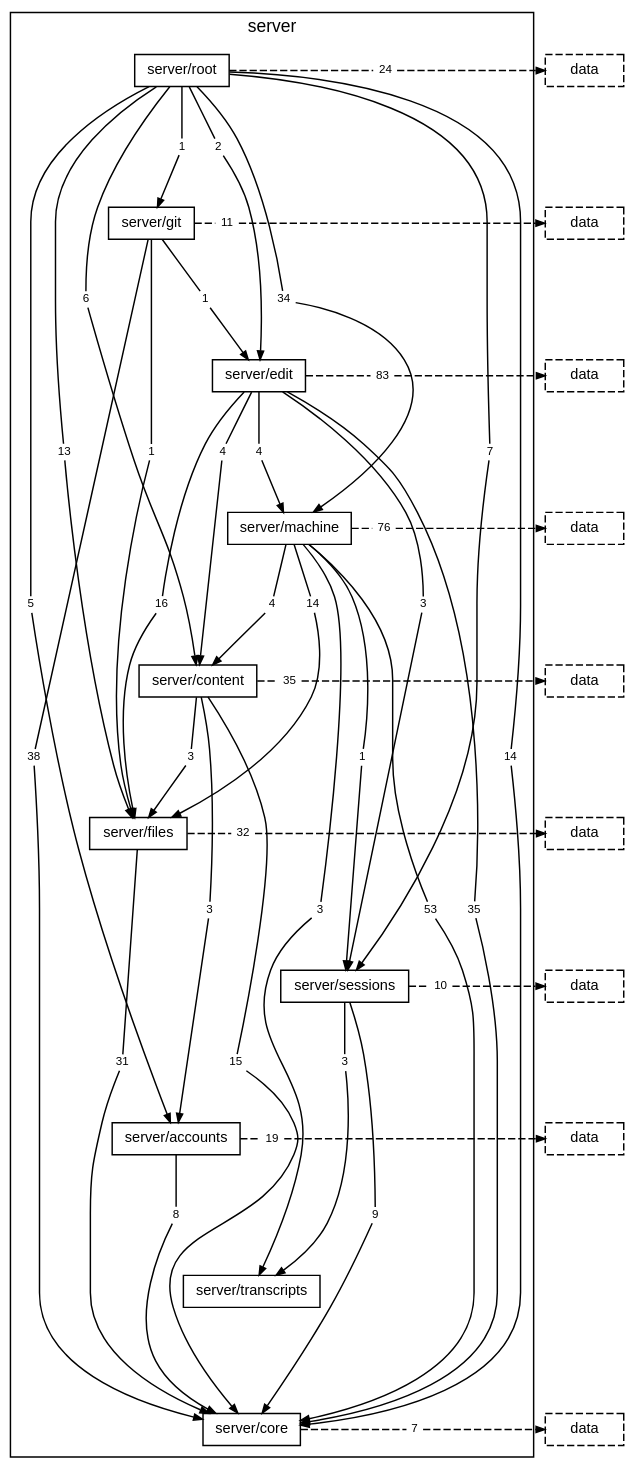
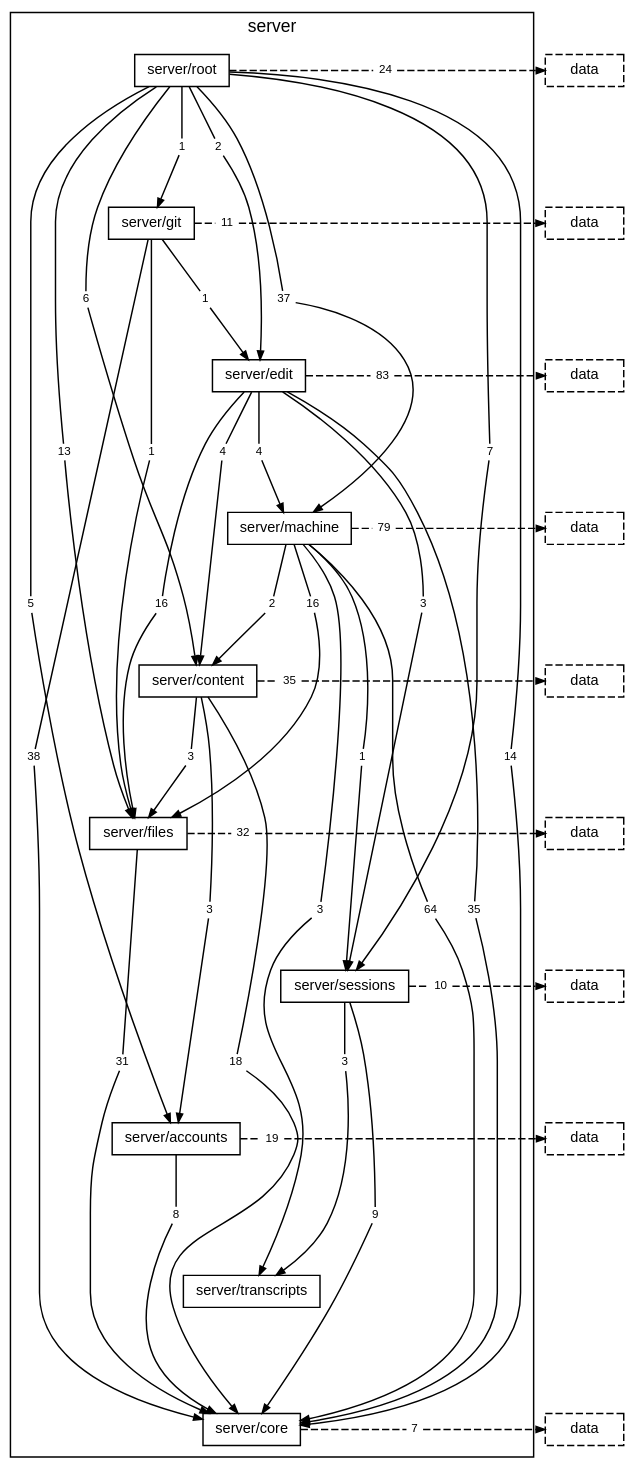
Before and after one commit to TheAxeC/oculus: the diagram in docs/diagrams/layer-server.dot, drawn with Graphviz. The commit also changed 106 other files, not shown here.

```diff
--- a/docs/diagrams/layer-server.dot
+++ b/docs/diagrams/layer-server.dot
@@ -20,7 +20,7 @@
         "folder server/root to folder server/edit" [label="2", shape=box, color="transparent", fontsize=8, width=0, height=0, margin="0.04,0.02"];
         "folder server/root to folder server/files" [label="13", shape=box, color="transparent", fontsize=8, width=0, height=0, margin="0.04,0.02"];
         "folder server/root to folder server/git" [label="1", shape=box, color="transparent", fontsize=8, width=0, height=0, margin="0.04,0.02"];
-        "folder server/root to folder server/machine" [label="34", shape=box, color="transparent", fontsize=8, width=0, height=0, margin="0.04,0.02"];
+        "folder server/root to folder server/machine" [label="37", shape=box, color="transparent", fontsize=8, width=0, height=0, margin="0.04,0.02"];
         "folder server/root to folder server/sessions" [label="7", shape=box, color="transparent", fontsize=8, width=0, height=0, margin="0.04,0.02"];
         "folder server/root to layer data" [label="24", shape=box, color="transparent", fontsize=8, width=0, height=0, margin="0.04,0.02"];
         "folder server/git to folder server/core" [label="38", shape=box, color="transparent", fontsize=8, width=0, height=0, margin="0.04,0.02"];
@@ -33,14 +33,14 @@
         "folder server/edit to folder server/machine" [label="4", shape=box, color="transparent", fontsize=8, width=0, height=0, margin="0.04,0.02"];
         "folder server/edit to folder server/sessions" [label="3", shape=box, color="transparent", fontsize=8, width=0, height=0, margin="0.04,0.02"];
         "folder server/edit to layer data" [label="83", shape=box, color="transparent", fontsize=8, width=0, height=0, margin="0.04,0.02"];
-        "folder server/machine to folder server/content" [label="4", shape=box, color="transparent", fontsize=8, width=0, height=0, margin="0.04,0.02"];
-        "folder server/machine to folder server/core" [label="53", shape=box, color="transparent", fontsize=8, width=0, height=0, margin="0.04,0.02"];
-        "folder server/machine to folder server/files" [label="14", shape=box, color="transparent", fontsize=8, width=0, height=0, margin="0.04,0.02"];
+        "folder server/machine to folder server/content" [label="2", shape=box, color="transparent", fontsize=8, width=0, height=0, margin="0.04,0.02"];
+        "folder server/machine to folder server/core" [label="64", shape=box, color="transparent", fontsize=8, width=0, height=0, margin="0.04,0.02"];
+        "folder server/machine to folder server/files" [label="16", shape=box, color="transparent", fontsize=8, width=0, height=0, margin="0.04,0.02"];
         "folder server/machine to folder server/sessions" [label="1", shape=box, color="transparent", fontsize=8, width=0, height=0, margin="0.04,0.02"];
         "folder server/machine to folder server/transcripts" [label="3", shape=box, color="transparent", fontsize=8, width=0, height=0, margin="0.04,0.02"];
-        "folder server/machine to layer data" [label="76", shape=box, color="transparent", fontsize=8, width=0, height=0, margin="0.04,0.02"];
+        "folder server/machine to layer data" [label="79", shape=box, color="transparent", fontsize=8, width=0, height=0, margin="0.04,0.02"];
         "folder server/content to folder server/accounts" [label="3", shape=box, color="transparent", fontsize=8, width=0, height=0, margin="0.04,0.02"];
-        "folder server/content to folder server/core" [label="15", shape=box, color="transparent", fontsize=8, width=0, height=0, margin="0.04,0.02"];
+        "folder server/content to folder server/core" [label="18", shape=box, color="transparent", fontsize=8, width=0, height=0, margin="0.04,0.02"];
         "folder server/content to folder server/files" [label="3", shape=box, color="transparent", fontsize=8, width=0, height=0, margin="0.04,0.02"];
         "folder server/content to layer data" [label="35", shape=box, color="transparent", fontsize=8, width=0, height=0, margin="0.04,0.02"];
         "folder server/files to folder server/core" [label="31", shape=box, color="transparent", fontsize=8, width=0, height=0, margin="0.04,0.02"];
```
